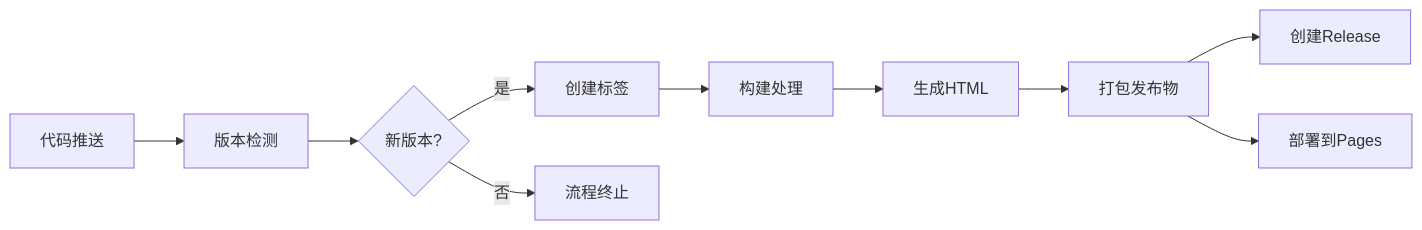
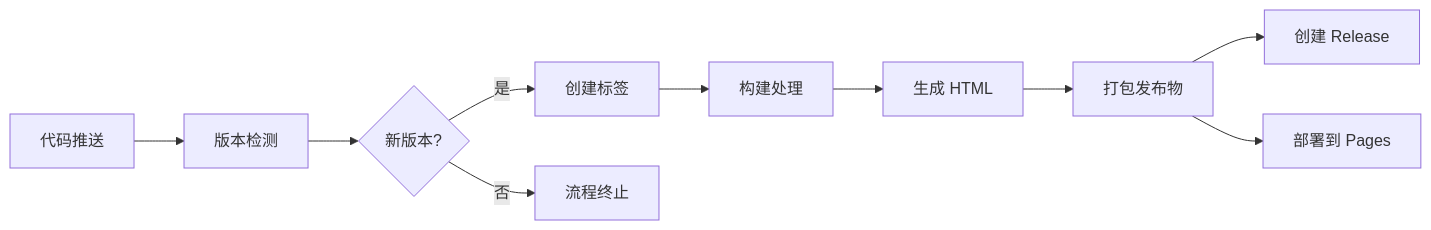
Before and after one commit to PJ-568/MARKDOWN.HTML: the first of 2 diagrams in doc/workflow.md, drawn with Mermaid. The commit also changed other lines of this file and 3 other files, not shown here.

````diff
--- a/doc/workflow.md
+++ b/doc/workflow.md
@@ -7,12 +7,12 @@
 ```mermaid
 graph LR
     A[代码推送] --> B[版本检测]
     B --> C{新版本?}
     C -->|是| D[创建标签]
     C -->|否| E[流程终止]
     D --> F[构建处理]
-    F --> G[生成HTML]
+    F --> G[生成 HTML]
     G --> H[打包发布物]
-    H --> I[创建Release]
-    H --> J[部署到Pages]
+    H --> I[创建 Release]
+    H --> J[部署到 Pages]
 ```
````
